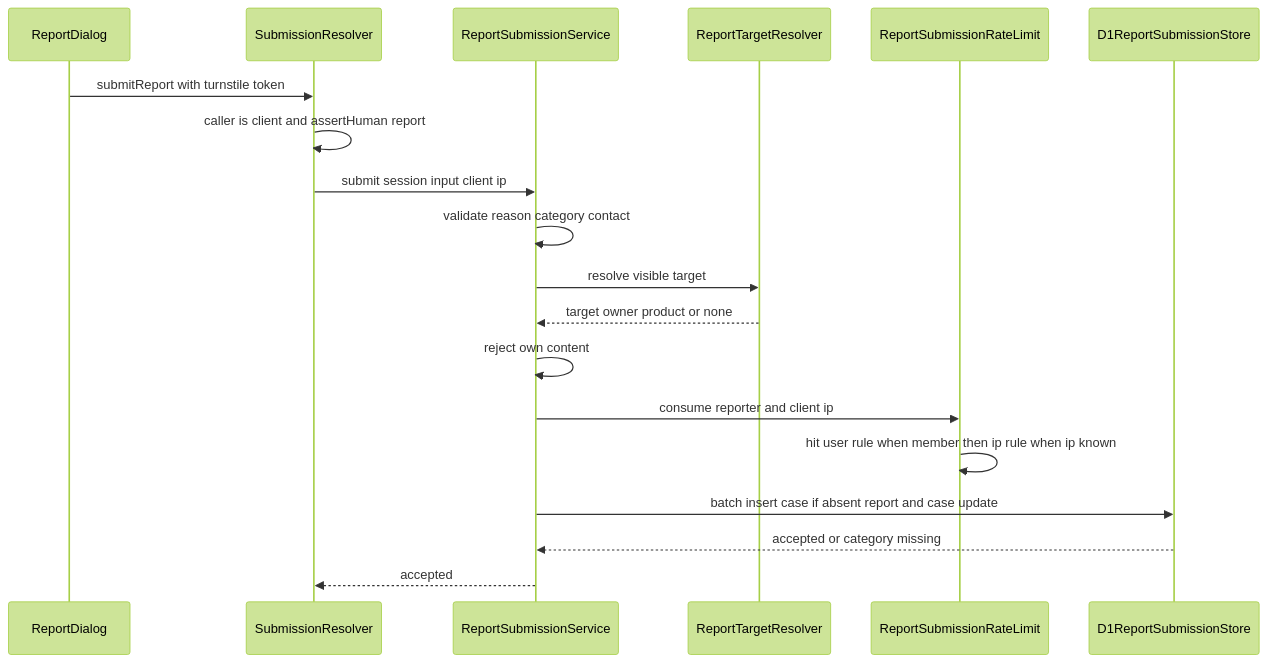
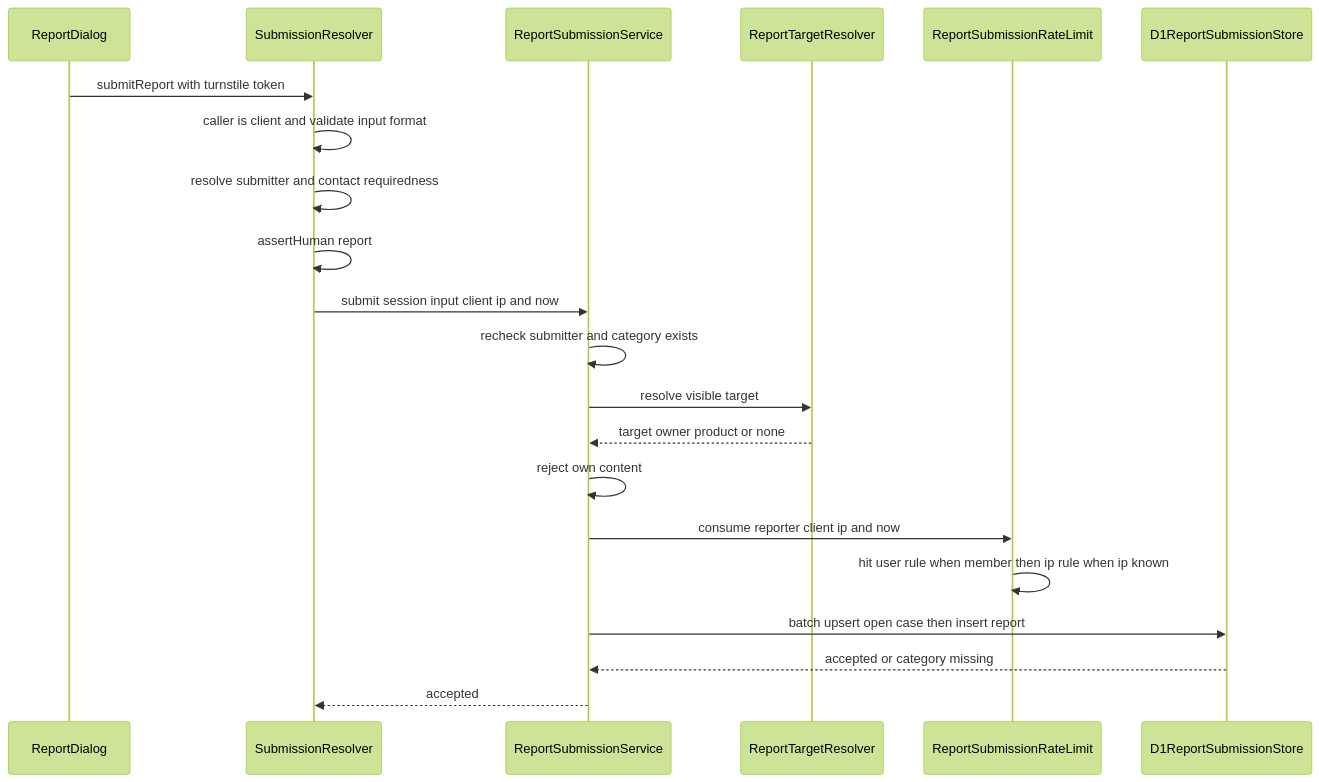
One commit to kurachiweb/genai-example-2-launch-platform changed the second of 6 diagrams in .kiro/specs/content-reporting/design.md. Above: the diagram before and after it, drawn with Mermaid (forest theme). The commit also changed other lines of this file and 3 other files, not shown here.

````diff
--- a/.kiro/specs/content-reporting/design.md
+++ b/.kiro/specs/content-reporting/design.md
@@ -336,21 +357,23 @@
 ```mermaid
 sequenceDiagram
     participant D as ReportDialog
     participant R as SubmissionResolver
     participant S as ReportSubmissionService
     participant T as ReportTargetResolver
     participant L as ReportSubmissionRateLimit
     participant W as D1ReportSubmissionStore
     D->>R: submitReport with turnstile token
-    R->>R: caller is client and assertHuman report
-    R->>S: submit session input client ip
-    S->>S: validate reason category contact
+    R->>R: caller is client and validate input format
+    R->>R: resolve submitter and contact requiredness
+    R->>R: assertHuman report
+    R->>S: submit session input client ip and now
+    S->>S: recheck submitter and category exists
     S->>T: resolve visible target
     T-->>S: target owner product or none
     S->>S: reject own content
-    S->>L: consume reporter and client ip
+    S->>L: consume reporter client ip and now
     L->>L: hit user rule when member then ip rule when ip known
-    S->>W: batch insert case if absent report and case update
+    S->>W: batch upsert open case then insert report
     W-->>S: accepted or category missing
     S-->>R: accepted
 ```
````
